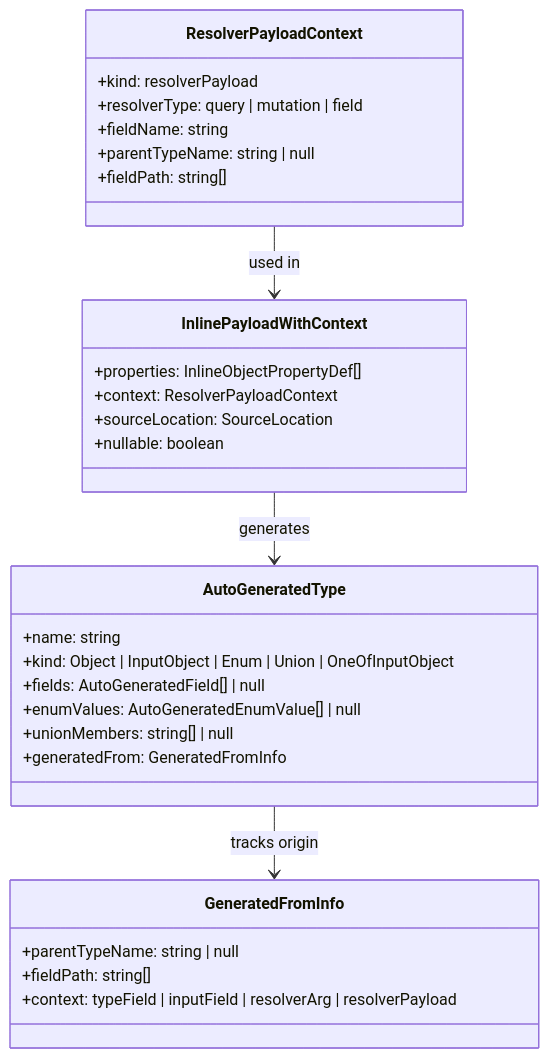
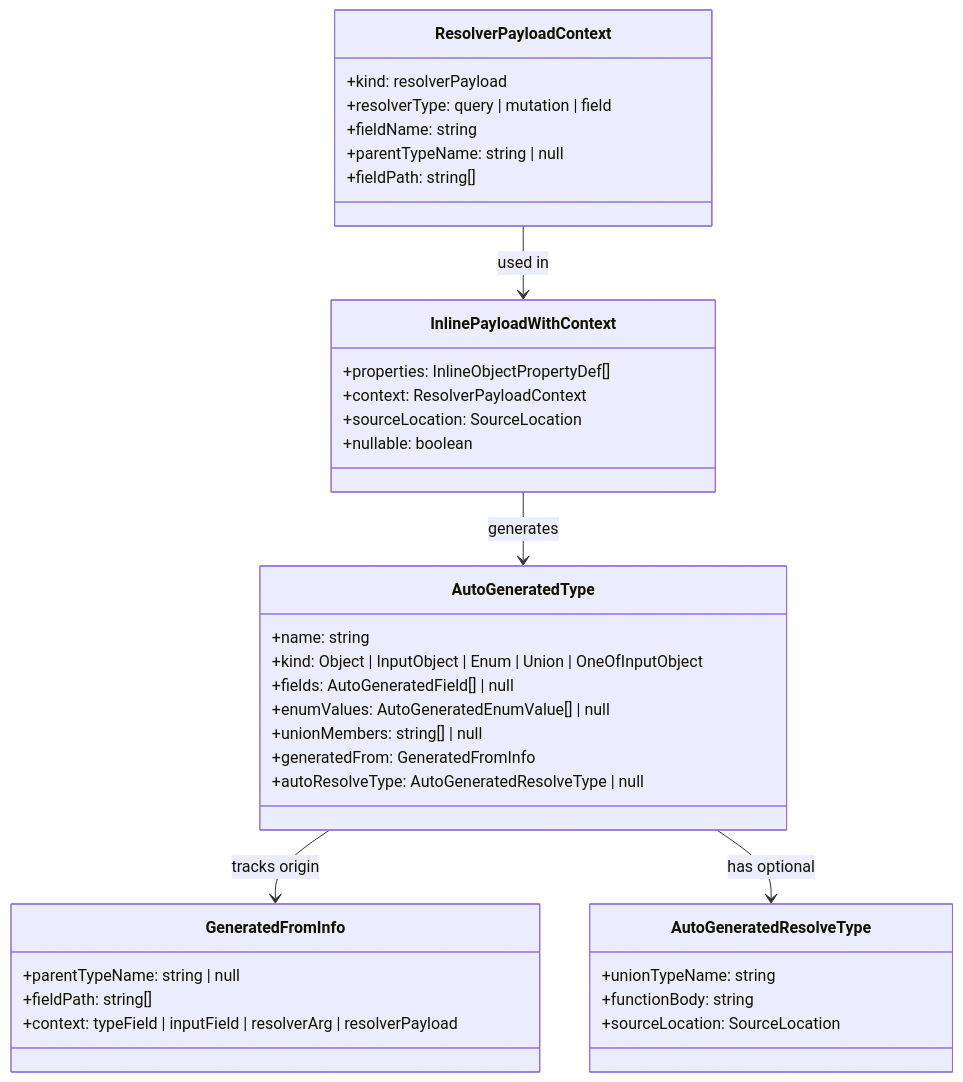
The third of 3 diagrams in .kiro/specs/inline-payload/design.md (izumin5210/gqlkit), drawn with Mermaid before and after one commit. The commit also changed other lines of this file and 40 other files, not shown here.

````diff
--- a/.kiro/specs/inline-payload/design.md
+++ b/.kiro/specs/inline-payload/design.md
@@ -428,36 +579,44 @@
 ```mermaid
 classDiagram
     class ResolverPayloadContext {
         +kind: resolverPayload
         +resolverType: query | mutation | field
         +fieldName: string
         +parentTypeName: string | null
         +fieldPath: string[]
     }
 
     class InlinePayloadWithContext {
         +properties: InlineObjectPropertyDef[]
         +context: ResolverPayloadContext
         +sourceLocation: SourceLocation
         +nullable: boolean
     }
 
     class AutoGeneratedType {
         +name: string
         +kind: Object | InputObject | Enum | Union | OneOfInputObject
         +fields: AutoGeneratedField[] | null
         +enumValues: AutoGeneratedEnumValue[] | null
         +unionMembers: string[] | null
         +generatedFrom: GeneratedFromInfo
+        +autoResolveType: AutoGeneratedResolveType | null
     }
 
     class GeneratedFromInfo {
         +parentTypeName: string | null
         +fieldPath: string[]
         +context: typeField | inputField | resolverArg | resolverPayload
     }
 
+    class AutoGeneratedResolveType {
+        +unionTypeName: string
+        +functionBody: string
+        +sourceLocation: SourceLocation
+    }
+
     ResolverPayloadContext --> InlinePayloadWithContext : used in
     InlinePayloadWithContext --> AutoGeneratedType : generates
     AutoGeneratedType --> GeneratedFromInfo : tracks origin
+    AutoGeneratedType --> AutoGeneratedResolveType : has optional
 ```
````
